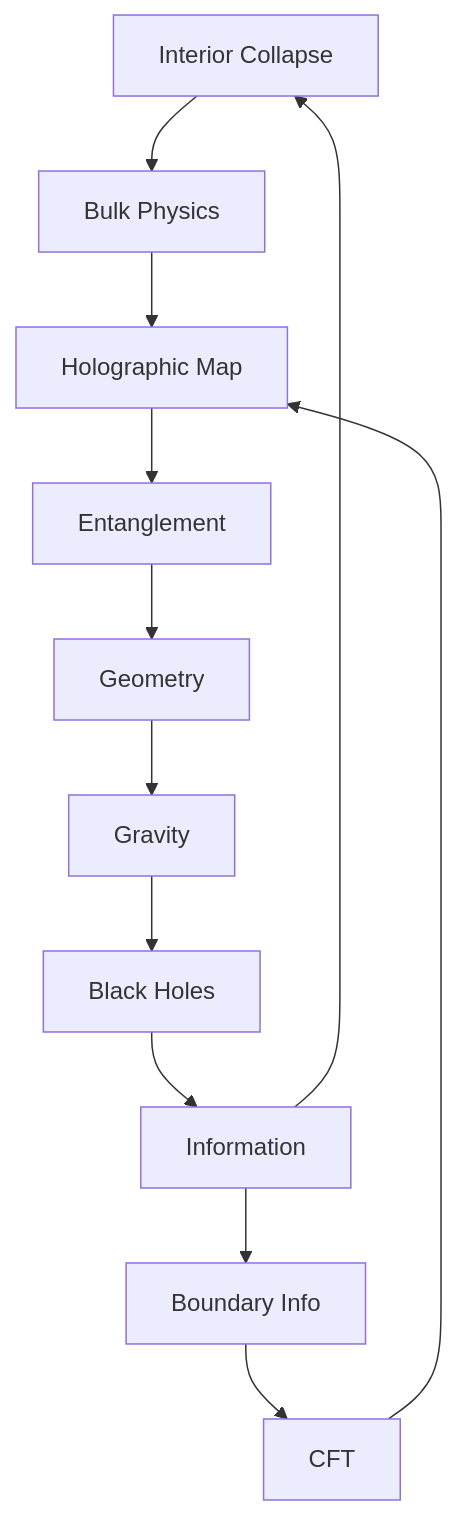
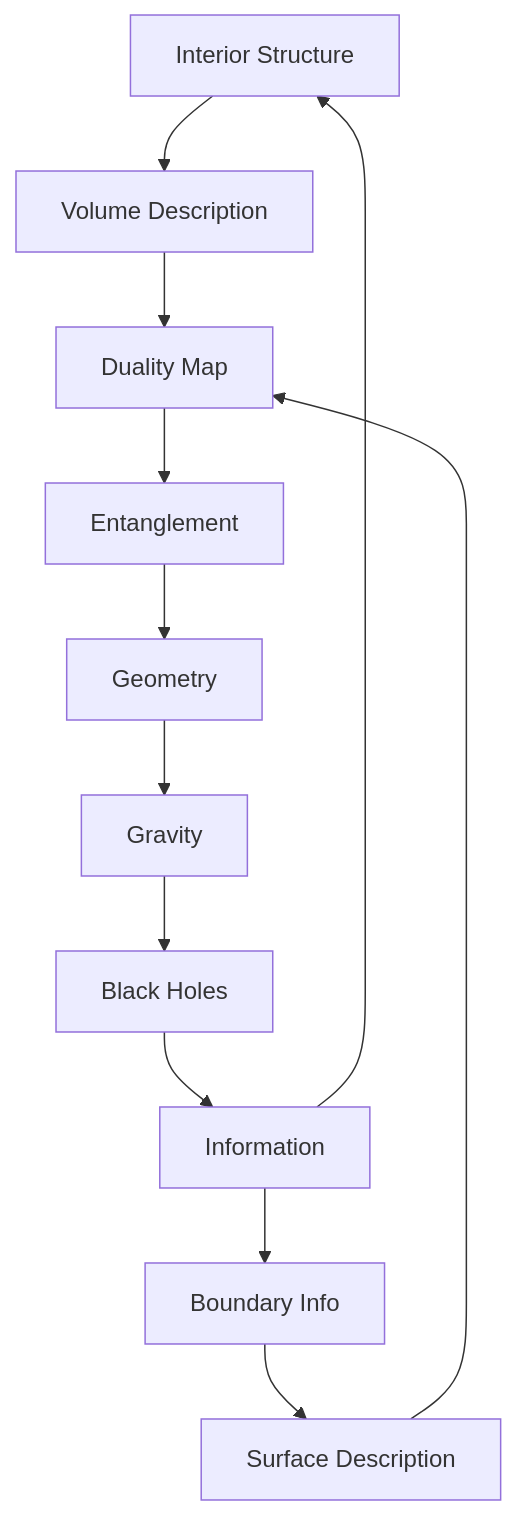
The second of 2 diagrams in docs/psi-structum/book-1-collapse-ontology/part-04-quantum-gravity/chapter-050-ads-cft-collapse-duality.md (loning/the-phys), drawn with Mermaid before and after one commit. The commit also changed other lines of this file and 8 other files, not shown here.

````diff
--- a/docs/psi-structum/book-1-collapse-ontology/part-04-quantum-gravity/chapter-050-ads-cft-collapse-duality.md
+++ b/docs/psi-structum/book-1-collapse-ontology/part-04-quantum-gravity/chapter-050-ads-cft-collapse-duality.md
@@ -191,14 +213,14 @@
 ```mermaid
 graph TD
-    A[Interior Collapse] --> B[Bulk Physics]
-    C[Boundary Info] --> D[CFT]
-    B --> E[Holographic Map]
+    A[Interior Structure] --> B[Volume Description]
+    C[Boundary Info] --> D[Surface Description]
+    B --> E[Duality Map]
     D --> E
     E --> F[Entanglement]
     F --> G[Geometry]
     G --> H[Gravity]
     H --> I[Black Holes]
     I --> J[Information]
     J --> C
     J --> A
 ```
````
